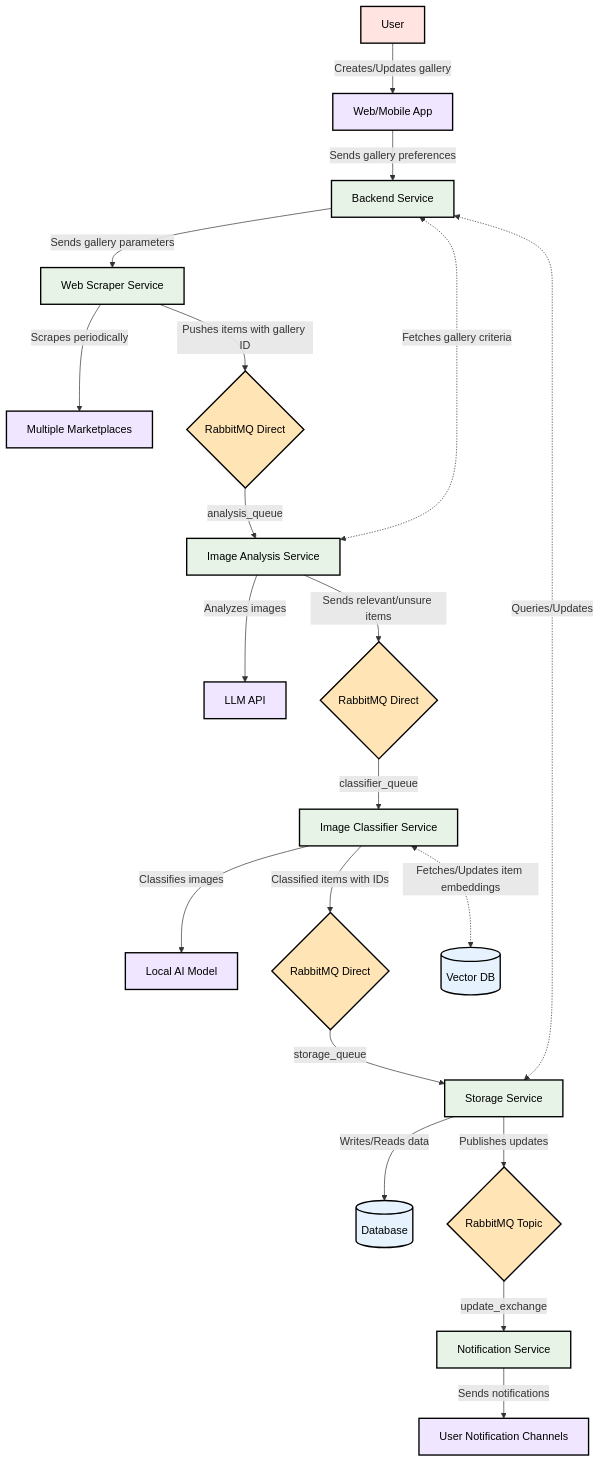
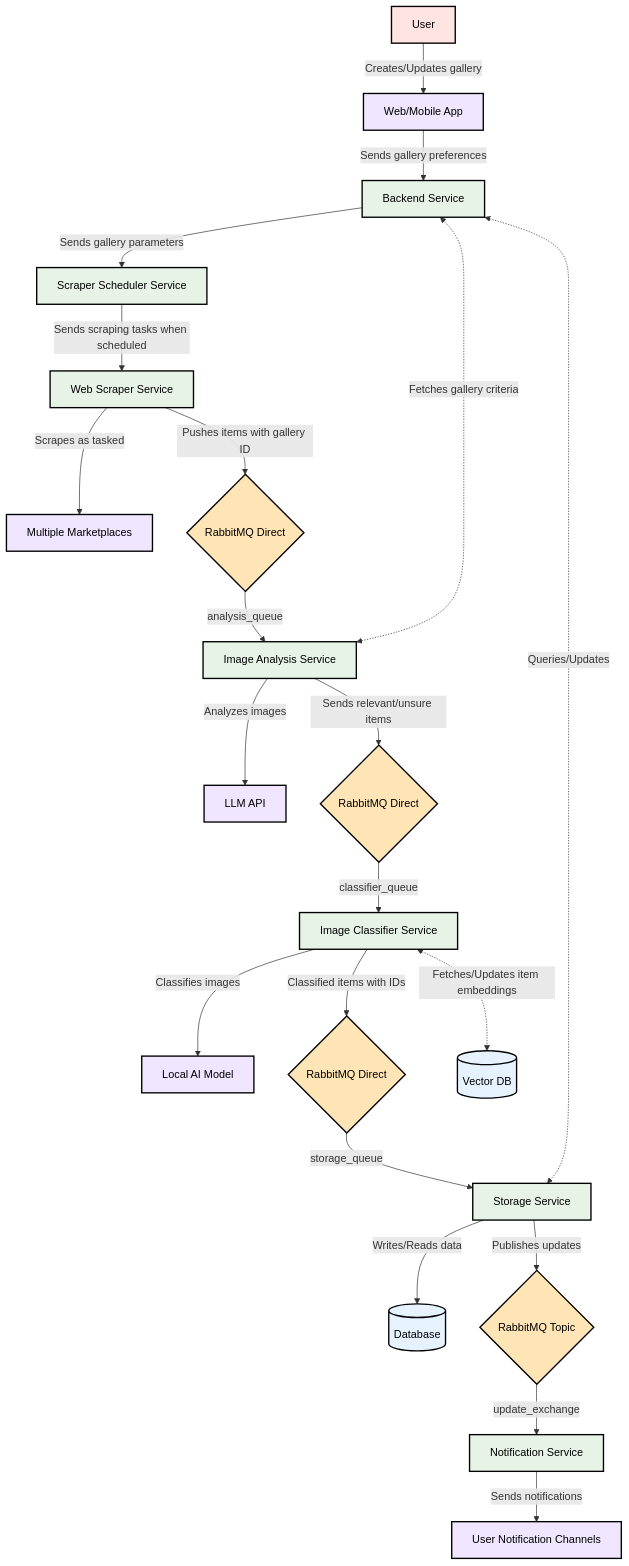
One commit to mhbka/itemtracker changed the diagram in README.md. Above: the diagram before and after it, drawn with Mermaid. The commit also changed 7 other files, not shown here.

````diff
--- a/README.md
+++ b/README.md
@@ -1,48 +1,50 @@
 ```mermaid
     graph TD
         %% Color definitions
         classDef service fill:#E6F3E6,stroke:#000,stroke-width:2px,color:#000;
         classDef queue fill:#FFE4B5,stroke:#000,stroke-width:2px,color:#000;
         classDef database fill:#E6F3FF,stroke:#000,stroke-width:2px,color:#000;
         classDef external fill:#F0E6FF,stroke:#000,stroke-width:2px,color:#000;
         classDef user fill:#FFE4E1,stroke:#000,stroke-width:2px,color:#000;
 
         S[User]:::user
         P[Web/Mobile App]:::external
         Q[Backend Service]:::service
+        R[Scraper Scheduler Service]:::service
         A[Web Scraper Service]:::service
         B[Multiple Marketplaces]:::external
         C{RabbitMQ Direct}:::queue
         D[Image Analysis Service]:::service
         E[LLM API]:::external
         F{RabbitMQ Direct}:::queue
         G[Image Classifier Service]:::service
         H[Local AI Model]:::external
         I{RabbitMQ Direct}:::queue
         J[Storage Service]:::service
         K[(Database)]:::database
         L{RabbitMQ Topic}:::queue
         M[Notification Service]:::service
         N[User Notification Channels]:::external
         Z[(Vector DB)]:::database
 
         S -->|Creates/Updates gallery| P
         P -->|Sends gallery preferences| Q
-        Q -->|Sends gallery parameters| A
-        A -->|Scrapes periodically| B
+        Q -->|Sends gallery parameters| R
+        R -->|Sends scraping tasks when scheduled| A
+        A -->|Scrapes as tasked| B
         A -->|Pushes items with gallery ID| C
         C -->|analysis_queue| D
         D <-.->|Fetches gallery criteria| Q
         D -->|Analyzes images| E
         D -->|Sends relevant/unsure items| F
         F -->|classifier_queue| G
         G -->|Classifies images| H
         G <-.->|Fetches/Updates item embeddings| Z
         G -->|Classified items with IDs| I
         I -->|storage_queue| J
         J -->|Writes/Reads data| K
         J -->|Publishes updates| L
         L -->|update_exchange| M
         M -->|Sends notifications| N
         Q <-.->|Queries/Updates| J
 ```
````
